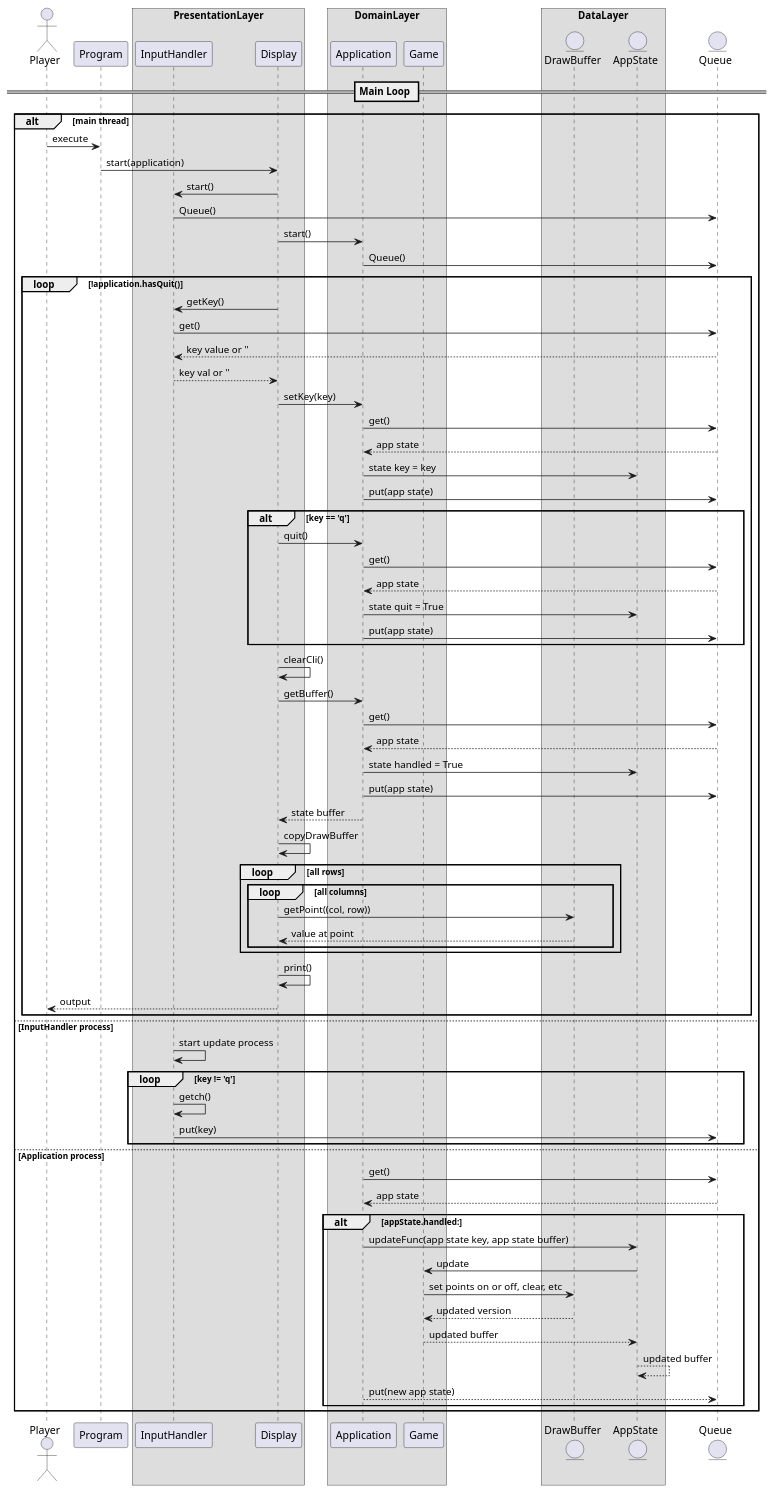
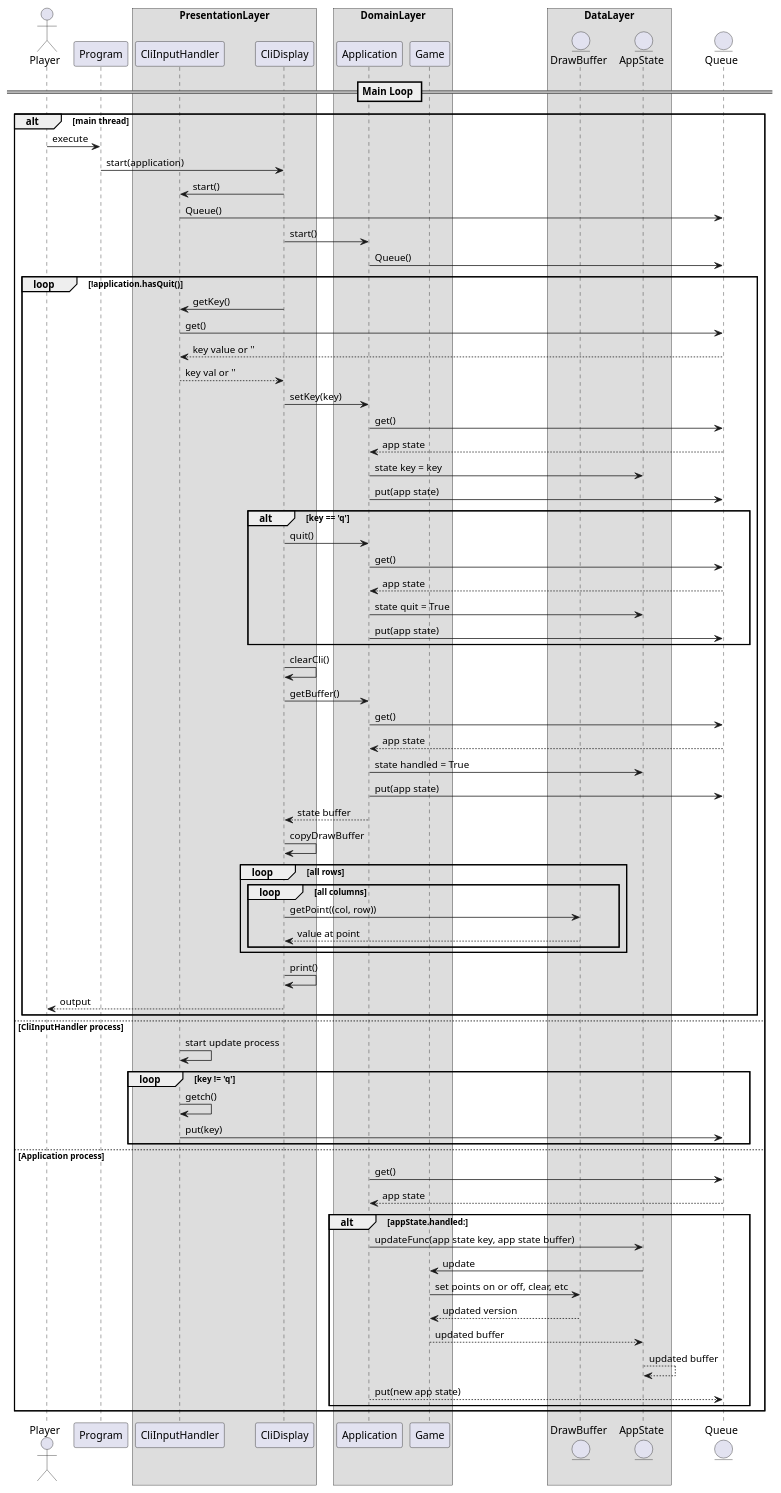
One commit to blueOkiris/EmbeddedLinuxClass changed the second of 2 diagrams in hw01/docs/etchsketch.plantuml. Above: the diagram before and after it, drawn with PlantUML. The commit also changed other lines of this file and 5 other files, not shown here.

Commit message:
Changed display name to cli display as a new display will work slightly differently

```diff
--- a/hw01/docs/etchsketch.plantuml
+++ b/hw01/docs/etchsketch.plantuml
@@ -118,104 +118,104 @@
 @startuml etch-a-sketch-seq
 
 actor Player
 
 participant Program
 
 box PresentationLayer
-participant InputHandler
-participant Display
+participant CliInputHandler
+participant CliDisplay
 end box
 
 box DomainLayer
 participant Application
 participant Game
 end box
 
 box DataLayer
 entity DrawBuffer
 entity AppState
 end box
 
 entity Queue
 
 == Main Loop ==
 
 alt main thread
 
 Player -> Program : execute
-Program -> Display : start(application)
-Display -> InputHandler : start()
-InputHandler -> Queue : Queue()
-Display -> Application : start()
+Program -> CliDisplay : start(application)
+CliDisplay -> CliInputHandler : start()
+CliInputHandler -> Queue : Queue()
+CliDisplay -> Application : start()
 Application -> Queue : Queue()
 
 loop !application.hasQuit()
 
-Display -> InputHandler : getKey()
-InputHandler -> Queue : get()
-Queue --> InputHandler : key value or ''
-InputHandler --> Display : key val or ''
-Display -> Application : setKey(key)
+CliDisplay -> CliInputHandler : getKey()
+CliInputHandler -> Queue : get()
+Queue --> CliInputHandler : key value or ''
+CliInputHandler --> CliDisplay : key val or ''
+CliDisplay -> Application : setKey(key)
 Application -> Queue : get()
 Queue --> Application : app state
 Application -> AppState : state key = key
 Application -> Queue : put(app state)
 
 alt key == 'q'
-Display -> Application : quit()
+CliDisplay -> Application : quit()
 Application -> Queue : get()
 Queue --> Application : app state
 Application -> AppState : state quit = True
 Application -> Queue : put(app state)
 end
 
-Display -> Display : clearCli()
-Display -> Application : getBuffer()
+CliDisplay -> CliDisplay : clearCli()
+CliDisplay -> Application : getBuffer()
 Application -> Queue : get()
 Queue --> Application : app state
 Application -> AppState : state handled = True
 Application -> Queue : put(app state)
-Application --> Display : state buffer
-Display -> Display : copyDrawBuffer
+Application --> CliDisplay : state buffer
+CliDisplay -> CliDisplay : copyDrawBuffer
 
 loop all rows
 loop all columns
-Display -> DrawBuffer : getPoint((col, row))
-DrawBuffer --> Display : value at point
+CliDisplay -> DrawBuffer : getPoint((col, row))
+DrawBuffer --> CliDisplay : value at point
 end
 end
 
-Display -> Display : print()
-Display --> Player : output
+CliDisplay -> CliDisplay : print()
+CliDisplay --> Player : output
 
 end
 
-else InputHandler process
+else CliInputHandler process
 
-InputHandler -> InputHandler : start update process
+CliInputHandler -> CliInputHandler : start update process
 
 loop key != 'q'
 
-InputHandler -> InputHandler : getch()
-InputHandler -> Queue : put(key)
+CliInputHandler -> CliInputHandler : getch()
+CliInputHandler -> Queue : put(key)
 
 end
 
 else Application process
 
 Application -> Queue : get()
 Queue --> Application : app state
 
 alt appState.handled:
 Application -> AppState : updateFunc(app state key, app state buffer)
 AppState -> Game : update
 Game -> DrawBuffer : set points on or off, clear, etc
 DrawBuffer --> Game : updated version
 Game --> AppState : updated buffer
 AppState --> AppState : updated buffer
 Application --> Queue : put(new app state)
 end
 
 end
 
 @enduml
```
